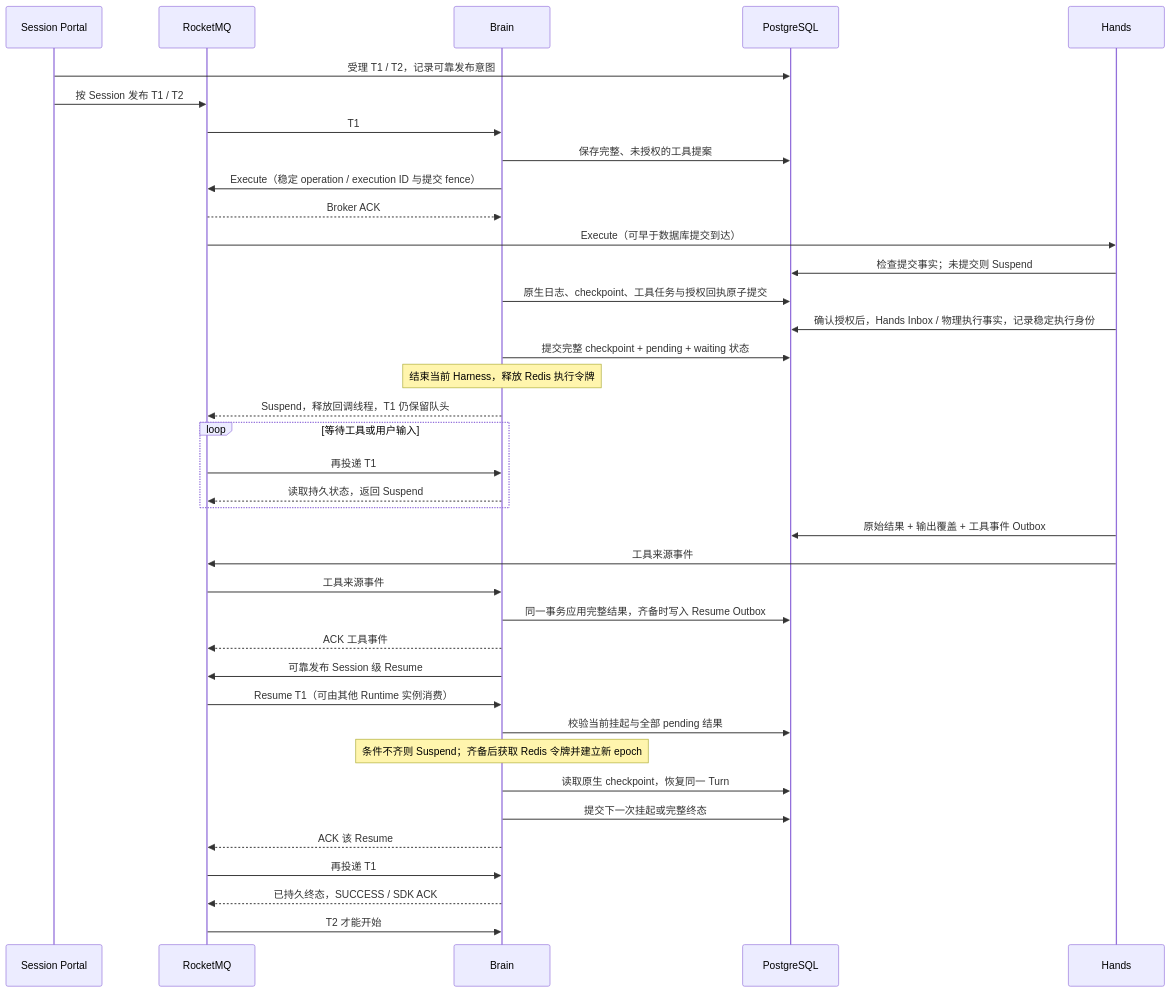
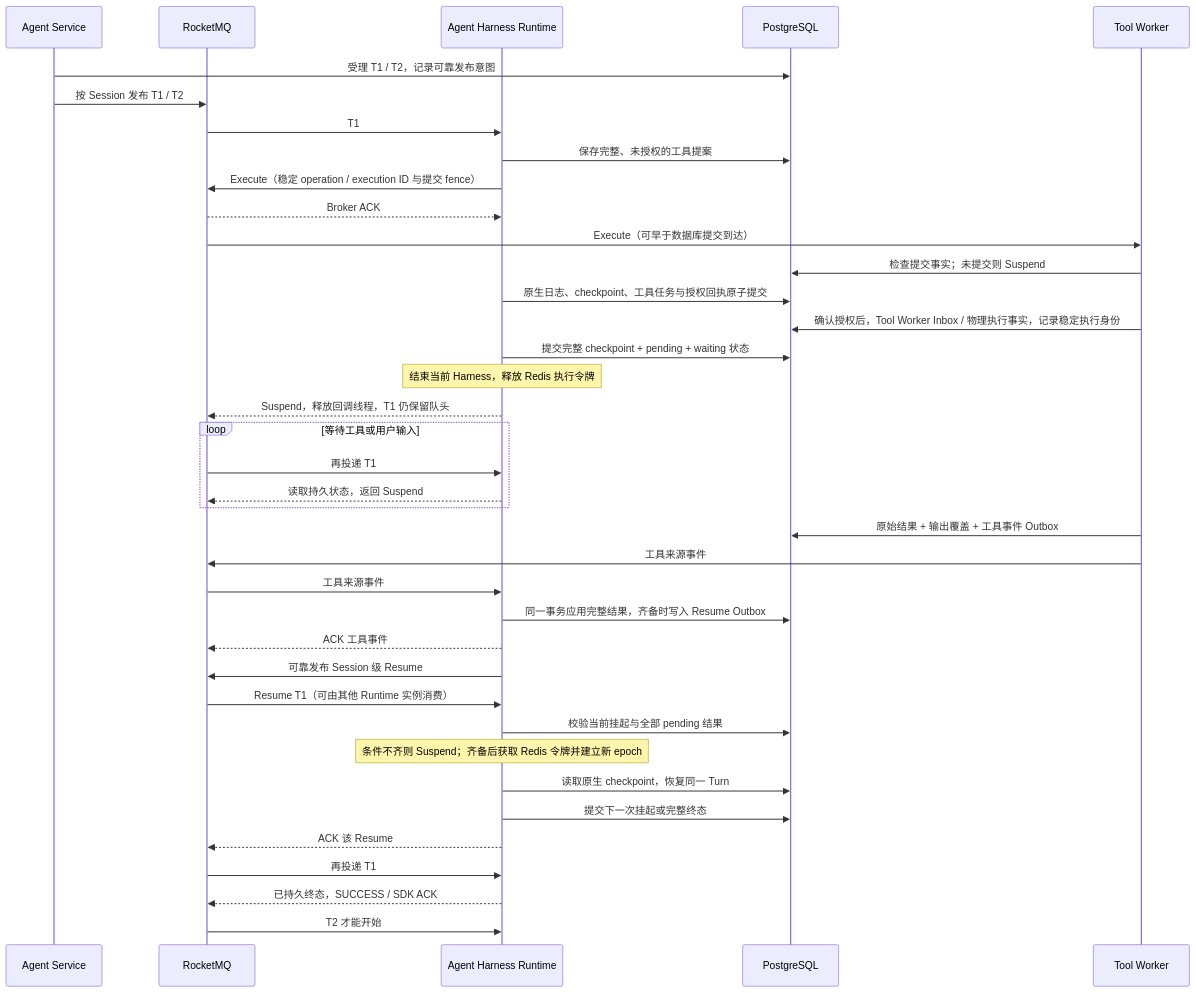
The second of 2 diagrams in agentscope-service/docs/managed-runtime-dataplane.md (agentscope-ai/agentscope-java), drawn with Mermaid before and after one commit. The commit also changed other lines of this file and 4515 other files, not shown here.

````diff
--- a/agentscope-service/docs/managed-runtime-dataplane.md
+++ b/agentscope-service/docs/managed-runtime-dataplane.md
@@ -107,40 +107,40 @@
 ```mermaid
 sequenceDiagram
-    participant P as Session Portal
+    participant P as Agent Service
     participant Q as RocketMQ
-    participant B as Brain
+    participant B as Agent Harness Runtime
     participant D as PostgreSQL
-    participant H as Hands
+    participant H as Tool Worker
     P->>D: 受理 T1 / T2，记录可靠发布意图
     P->>Q: 按 Session 发布 T1 / T2
     Q->>B: T1
     B->>D: 保存完整、未授权的工具提案
     B->>Q: Execute（稳定 operation / execution ID 与提交 fence）
     Q-->>B: Broker ACK
     Q->>H: Execute（可早于数据库提交到达）
     H->>D: 检查提交事实；未提交则 Suspend
     B->>D: 原生日志、checkpoint、工具任务与授权回执原子提交
-    H->>D: 确认授权后，Hands Inbox / 物理执行事实，记录稳定执行身份
+    H->>D: 确认授权后，Tool Worker Inbox / 物理执行事实，记录稳定执行身份
     B->>D: 提交完整 checkpoint + pending + waiting 状态
     Note over B: 结束当前 Harness，释放 Redis 执行令牌
     B-->>Q: Suspend，释放回调线程，T1 仍保留队头
     loop 等待工具或用户输入
         Q->>B: 再投递 T1
         B-->>Q: 读取持久状态，返回 Suspend
     end
     H->>D: 原始结果 + 输出覆盖 + 工具事件 Outbox
     H->>Q: 工具来源事件
     Q->>B: 工具来源事件
     B->>D: 同一事务应用完整结果，齐备时写入 Resume Outbox
     B-->>Q: ACK 工具事件
     B->>Q: 可靠发布 Session 级 Resume
     Q->>B: Resume T1（可由其他 Runtime 实例消费）
     B->>D: 校验当前挂起与全部 pending 结果
     Note over B: 条件不齐则 Suspend；齐备后获取 Redis 令牌并建立新 epoch
     B->>D: 读取原生 checkpoint，恢复同一 Turn
     B->>D: 提交下一次挂起或完整终态
     B-->>Q: ACK 该 Resume
     Q->>B: 再投递 T1
     B-->>Q: 已持久终态，SUCCESS / SDK ACK
     Q->>B: T2 才能开始
 ```
````
